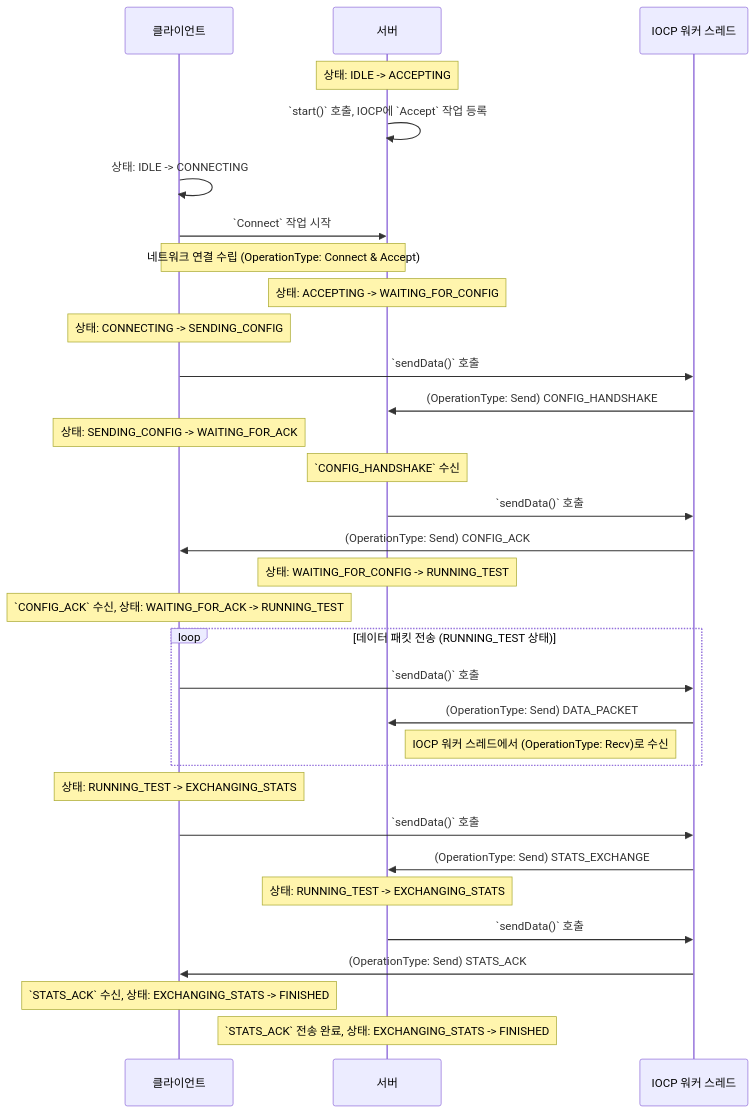
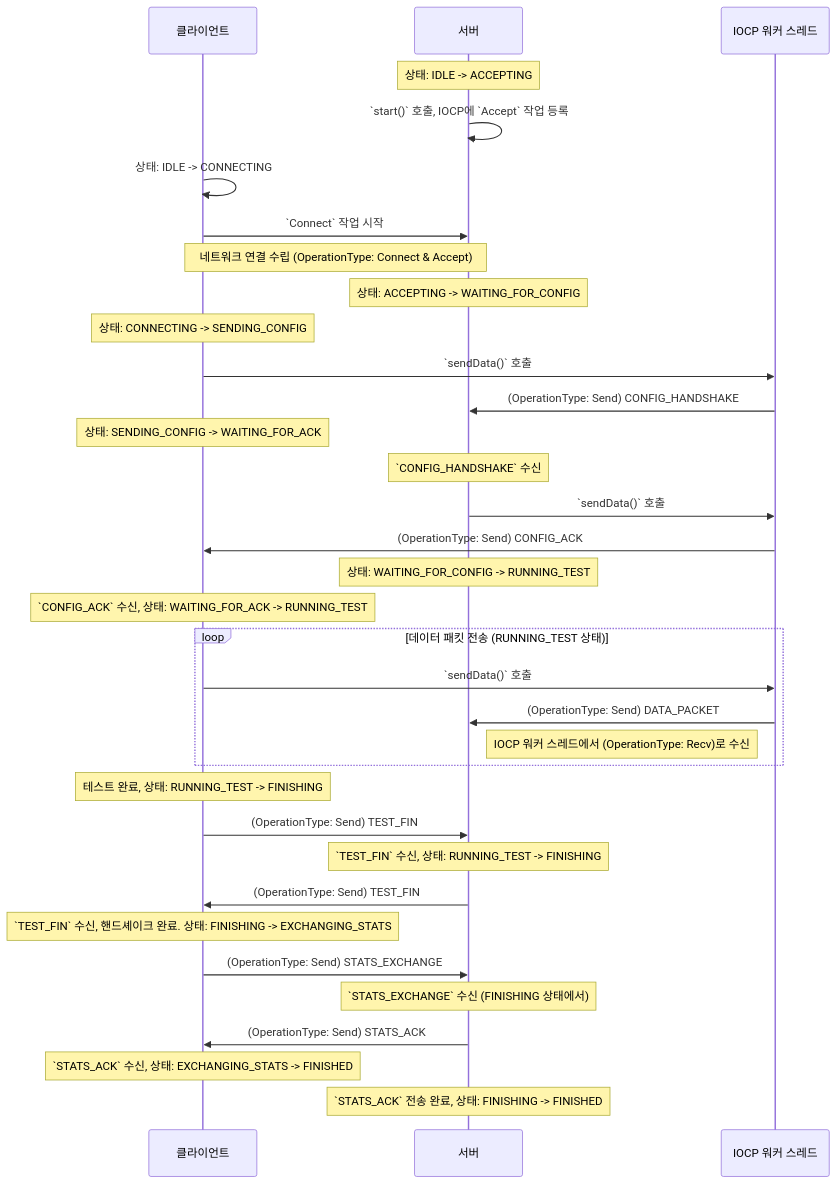
The diagram in UML/OpertationType_messageType_State.md (JunKIM2603a/MyIperf), drawn with Mermaid before and after one commit. The commit also changed other lines of this file and 13 other files, not shown here.

Commit message:
데이터 교환 OK, UML 업데이트

````diff
--- a/UML/OpertationType_messageType_State.md
+++ b/UML/OpertationType_messageType_State.md
@@ -61,40 +76,43 @@
 ```mermaid
 sequenceDiagram
     participant C as 클라이언트
     participant S as 서버
     participant IOCP as IOCP 워커 스레드
 
     Note over S: 상태: IDLE -> ACCEPTING
     S->>S: `start()` 호출, IOCP에 `Accept` 작업 등록
     C->>C: 상태: IDLE -> CONNECTING
     C->>S: `Connect` 작업 시작
     Note over C,S: 네트워크 연결 수립 (OperationType: Connect & Accept)
     Note over S: 상태: ACCEPTING -> WAITING_FOR_CONFIG
     Note over C: 상태: CONNECTING -> SENDING_CONFIG
 
     C->>IOCP: `sendData()` 호출
     IOCP->>S: (OperationType: Send) CONFIG_HANDSHAKE
     Note over C: 상태: SENDING_CONFIG -> WAITING_FOR_ACK
     Note over S: `CONFIG_HANDSHAKE` 수신
 
     S->>IOCP: `sendData()` 호출
     IOCP->>C: (OperationType: Send) CONFIG_ACK
     Note over S: 상태: WAITING_FOR_CONFIG -> RUNNING_TEST
     Note over C: `CONFIG_ACK` 수신, 상태: WAITING_FOR_ACK -> RUNNING_TEST
 
     loop 데이터 패킷 전송 (RUNNING_TEST 상태)
         C->>IOCP: `sendData()` 호출
         IOCP->>S: (OperationType: Send) DATA_PACKET
         Note right of S: IOCP 워커 스레드에서 (OperationType: Recv)로 수신
     end
 
-    Note over C: 상태: RUNNING_TEST -> EXCHANGING_STATS
-    C->>IOCP: `sendData()` 호출
-    IOCP->>S: (OperationType: Send) STATS_EXCHANGE
-    Note over S: 상태: RUNNING_TEST -> EXCHANGING_STATS
+    Note over C: 테스트 완료, 상태: RUNNING_TEST -> FINISHING
+    C->>S: (OperationType: Send) TEST_FIN
+    Note over S: `TEST_FIN` 수신, 상태: RUNNING_TEST -> FINISHING
+    S->>C: (OperationType: Send) TEST_FIN
+    Note over C: `TEST_FIN` 수신, 핸드셰이크 완료. 상태: FINISHING -> EXCHANGING_STATS
 
-    S->>IOCP: `sendData()` 호출
-    IOCP->>C: (OperationType: Send) STATS_ACK
+    C->>S: (OperationType: Send) STATS_EXCHANGE
+    Note over S: `STATS_EXCHANGE` 수신 (FINISHING 상태에서)
+
+    S->>C: (OperationType: Send) STATS_ACK
     Note over C: `STATS_ACK` 수신, 상태: EXCHANGING_STATS -> FINISHED
-    Note over S: `STATS_ACK` 전송 완료, 상태: EXCHANGING_STATS -> FINISHED
+    Note over S: `STATS_ACK` 전송 완료, 상태: FINISHING -> FINISHED
 ```
````
